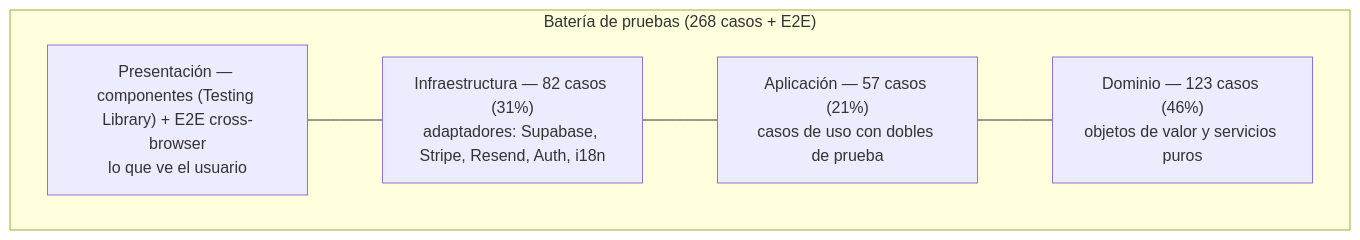
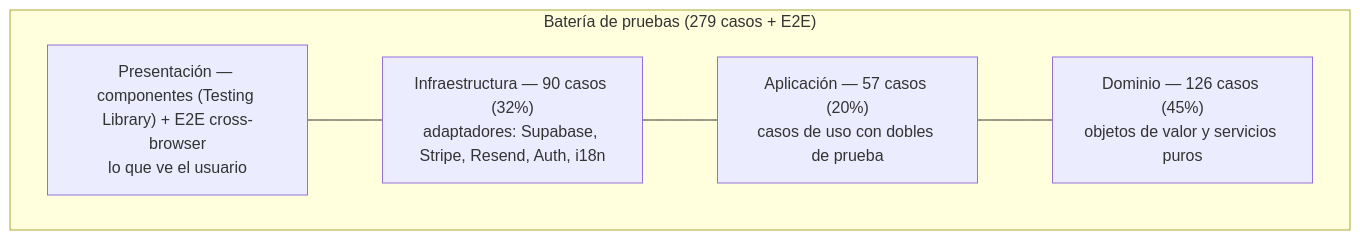
One commit to Ogires/reservas-chanantes changed the diagram in docs/memoria/06-pruebas-calidad.md. Above: the diagram before and after it, drawn with Mermaid. The commit also changed other lines of this file and 6 other files, not shown here.

````diff
--- a/docs/memoria/06-pruebas-calidad.md
+++ b/docs/memoria/06-pruebas-calidad.md
@@ -30,10 +30,10 @@
 ```mermaid
 flowchart TB
-    subgraph Pyramid["Batería de pruebas (268 casos + E2E)"]
+    subgraph Pyramid["Batería de pruebas (279 casos + E2E)"]
         E["Presentación — componentes (Testing Library) + E2E cross-browser<br/>lo que ve el usuario"]
-        I["Infraestructura — 82 casos (31%)<br/>adaptadores: Supabase, Stripe, Resend, Auth, i18n"]
-        A["Aplicación — 57 casos (21%)<br/>casos de uso con dobles de prueba"]
-        D["Dominio — 123 casos (46%)<br/>objetos de valor y servicios puros"]
+        I["Infraestructura — 90 casos (32%)<br/>adaptadores: Supabase, Stripe, Resend, Auth, i18n"]
+        A["Aplicación — 57 casos (20%)<br/>casos de uso con dobles de prueba"]
+        D["Dominio — 126 casos (45%)<br/>objetos de valor y servicios puros"]
     end
     E --- I --- A --- D
 ```
````
